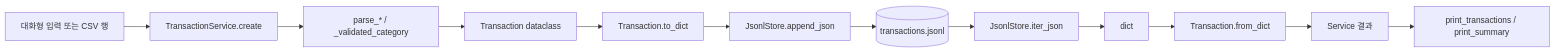
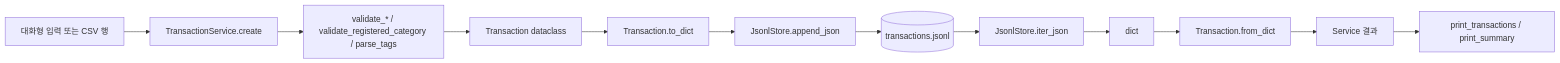
Before and after one commit to jhkr1/Codyssey_main_course: the seventh of 7 diagrams in B2-1_Create_file-based_household_account_console_program/budget_app/CODE_ARCHITECTURE.md, drawn with Mermaid. The commit also changed other lines of this file and 9 other files, not shown here.

````diff
--- a/B2-1_Create_file-based_household_account_console_program/budget_app/CODE_ARCHITECTURE.md
+++ b/B2-1_Create_file-based_household_account_console_program/budget_app/CODE_ARCHITECTURE.md
@@ -381,14 +383,14 @@
 ```mermaid
 flowchart LR
     Input[대화형 입력 또는 CSV 행] --> Create[TransactionService.create]
-    Create --> Validate[parse_* / _validated_category]
+    Create --> Validate[validate_* / validate_registered_category / parse_tags]
     Validate --> Model[Transaction dataclass]
     Model --> Dict[Transaction.to_dict]
     Dict --> Write[JsonlStore.append_json]
     Write --> JSONL[(transactions.jsonl)]
     JSONL --> Read[JsonlStore.iter_json]
     Read --> Raw[dict]
     Raw --> Restore[Transaction.from_dict]
     Restore --> Service[Service 결과]
     Service --> Output[print_transactions / print_summary]
 ```
````
